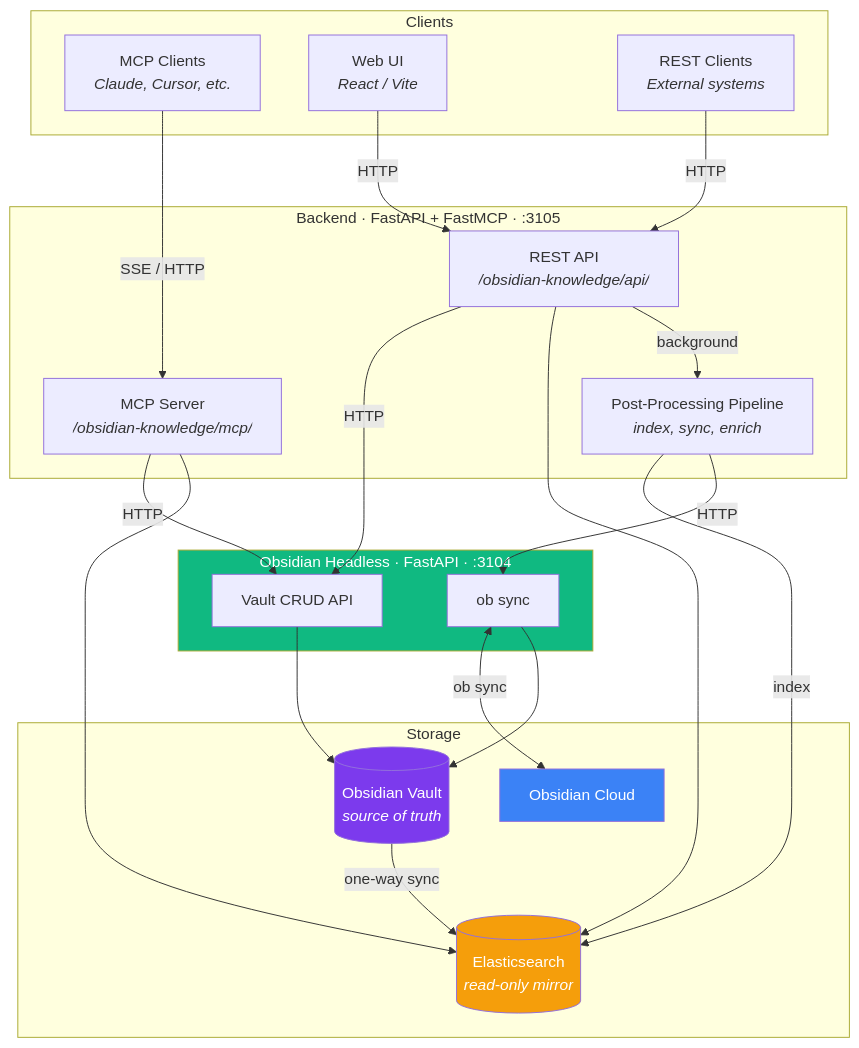
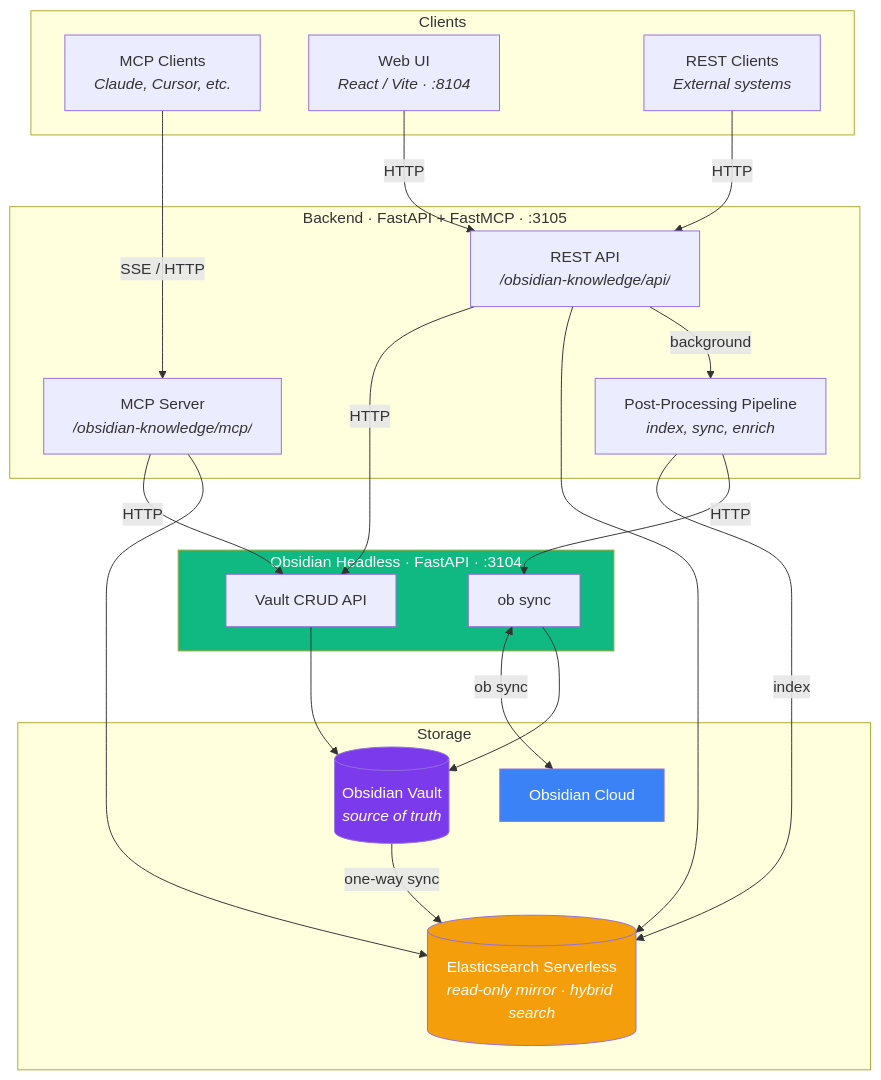
The diagram in README.md (derickson/obsidian-knowledge), drawn with Mermaid before and after one commit. The commit also changed other lines of this file and 1 other file, not shown here.

First line of the commit message:
Update CLAUDE.md and README with unified ports, hybrid search, and APM

````diff
--- a/README.md
+++ b/README.md
@@ -7,49 +7,49 @@
 ```mermaid
 graph TD
     subgraph Clients
         MCP[MCP Clients<br><i>Claude, Cursor, etc.</i>]
-        UI[Web UI<br><i>React / Vite</i>]
+        UI[Web UI<br><i>React / Vite · :8104</i>]
         REST[REST Clients<br><i>External systems</i>]
     end
 
     subgraph Backend["Backend · FastAPI + FastMCP · :3105"]
         API[REST API<br><i>/obsidian-knowledge/api/</i>]
         MCPS[MCP Server<br><i>/obsidian-knowledge/mcp/</i>]
         Pipeline[Post-Processing Pipeline<br><i>index, sync, enrich</i>]
     end
 
     subgraph Headless["Obsidian Headless · FastAPI · :3104"]
         VaultAPI[Vault CRUD API]
         Sync[ob sync]
     end
 
     subgraph Storage
         Vault[(Obsidian Vault<br><i>source of truth</i>)]
-        ES[(Elasticsearch<br><i>read-only mirror</i>)]
+        ES[(Elasticsearch Serverless<br><i>read-only mirror · hybrid search</i>)]
         Cloud[Obsidian Cloud]
     end
 
     MCP -->|SSE / HTTP| MCPS
     UI -->|HTTP| API
     REST -->|HTTP| API
 
     API -->|HTTP| VaultAPI
     MCPS -->|HTTP| VaultAPI
     API --> ES
     MCPS --> ES
 
     API -->|background| Pipeline
     Pipeline -->|index| ES
     Pipeline -->|HTTP| Sync
 
     VaultAPI --> Vault
     Sync <-->|ob sync| Cloud
     Sync --> Vault
 
     Vault -->|one-way sync| ES
 
     style Vault fill:#7c3aed,color:#fff
     style ES fill:#f59e0b,color:#fff
     style Cloud fill:#3b82f6,color:#fff
     style Headless fill:#10b981,color:#fff
 ```
````
